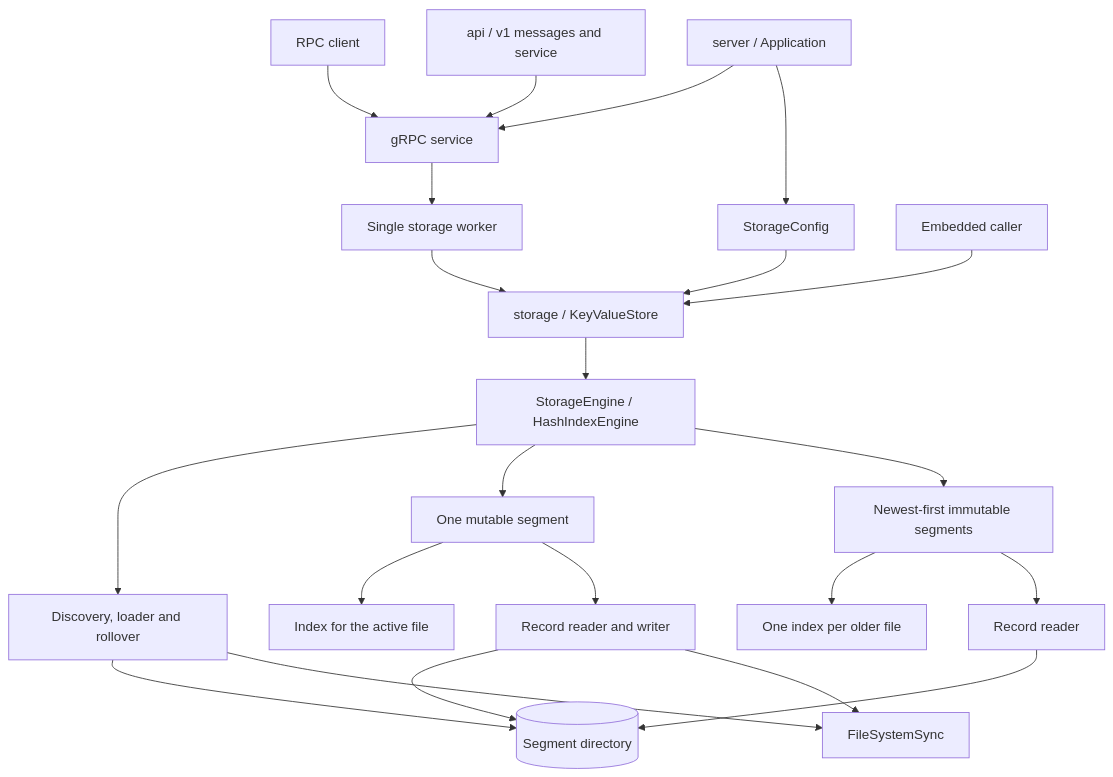
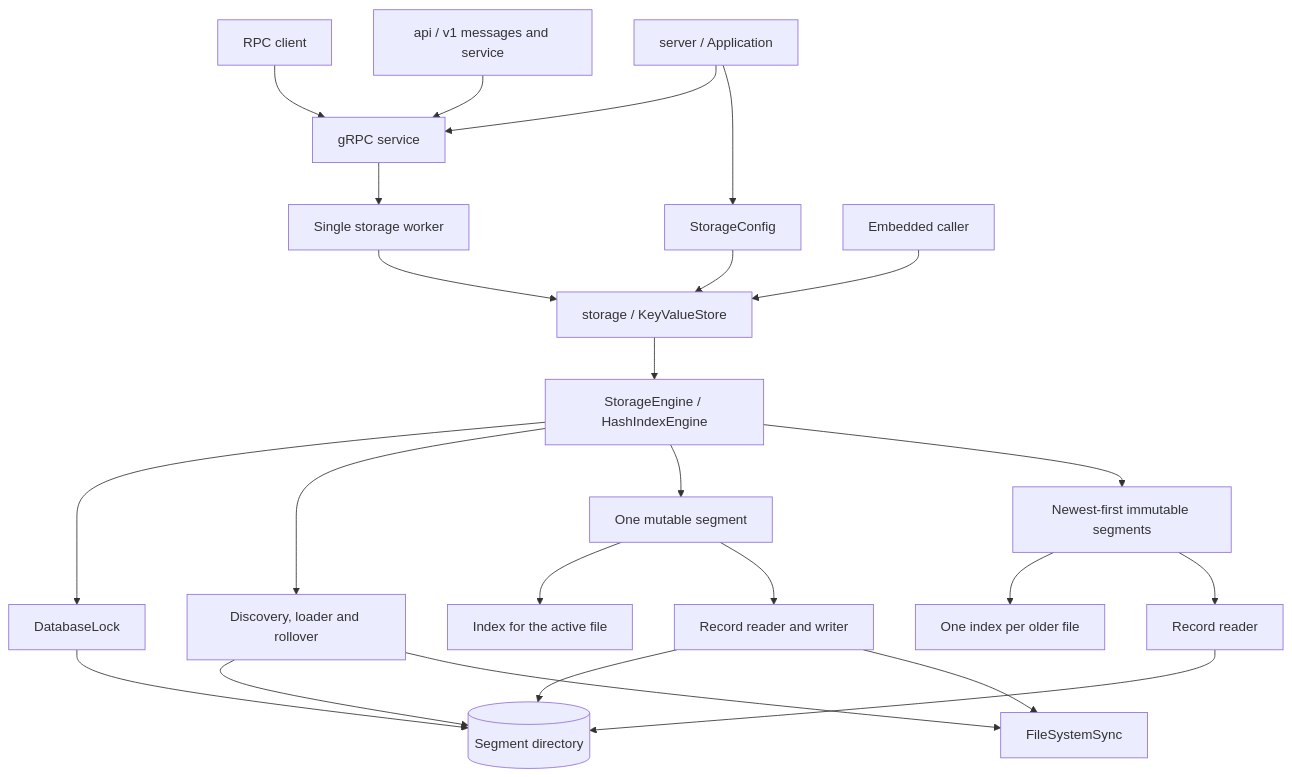
Before and after one commit to ryszardzmija/shaledb: the first of 3 diagrams in docs/architecture.md, drawn with Mermaid. The commit also changed other lines of this file and 26 other files, not shown here.

````diff
--- a/docs/architecture.md
+++ b/docs/architecture.md
@@ -7,24 +7,26 @@
 ```mermaid
 flowchart TD
     Client[RPC client] --> Grpc[gRPC service]
     Proto[api / v1 messages and service] --> Grpc
     App[server / Application] --> Grpc
     App --> Config[StorageConfig]
     Grpc --> Worker[Single storage worker]
     Worker --> Facade[storage / KeyValueStore]
     Embedded[Embedded caller] --> Facade
     Config --> Facade
     Facade --> Engine[StorageEngine / HashIndexEngine]
+    Engine --> Lock[DatabaseLock]
     Engine --> Layout[Discovery, loader and rollover]
     Engine --> Active[One mutable segment]
     Engine --> Older[Newest-first immutable segments]
     Layout --> Files[(Segment directory)]
+    Lock --> Files
     Active --> ActiveIndex[Index for the active file]
     Older --> OldIndexes[One index per older file]
     Active --> Codec[Record reader and writer]
     Older --> Reader[Record reader]
     Codec --> Files
     Reader --> Files
     Codec --> Force[FileSystemSync]
     Layout --> Force
 ```
````
